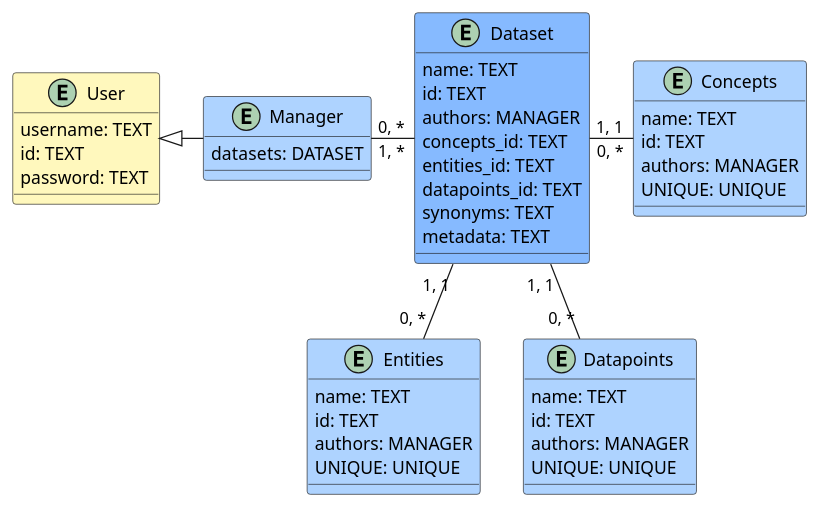
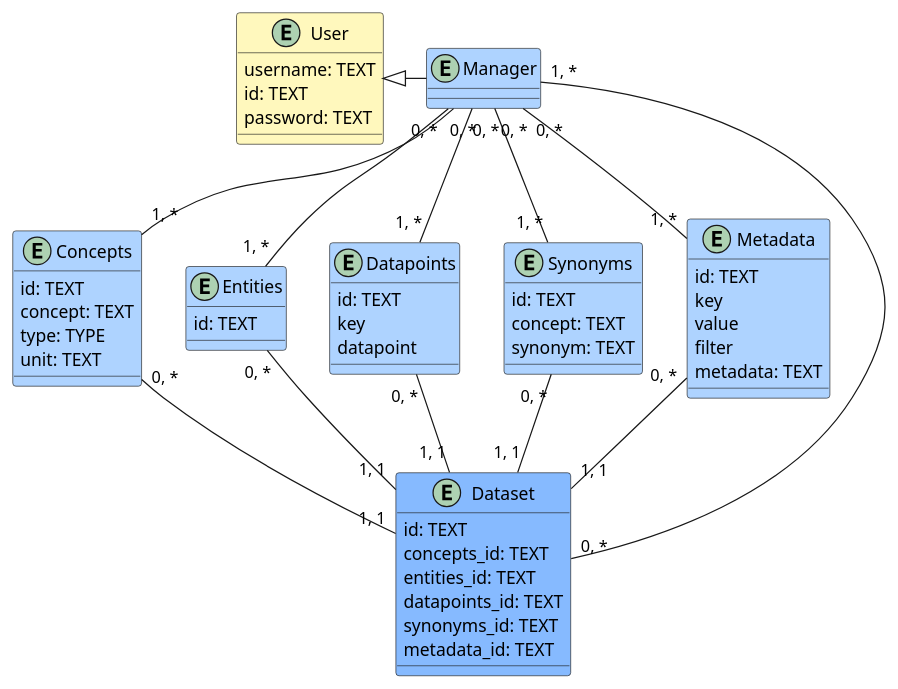
One commit to hate-crew-member-41/Bricks changed the diagram in src/puml/ERM.puml. Above: the diagram before and after it, drawn with PlantUML. The commit also changed 3 other files, not shown here.

```diff
--- a/src/puml/ERM.puml
+++ b/src/puml/ERM.puml
@@ -1,55 +1,70 @@
 @startuml
 
 entity User #fff8bd {
     username: TEXT
     id: TEXT
     password: TEXT
 }
 
-entity Manager #aed3ff {
-    datasets: DATASET
-}
+entity Manager #aed3ff {}
 
 Manager -l-|> User
 
 entity Dataset #86baff {
-    name: TEXT
     id: TEXT
-    authors: MANAGER
     concepts_id: TEXT
     entities_id: TEXT
     datapoints_id: TEXT
-    synonyms: TEXT
+    synonyms_id: TEXT
+    metadata_id: TEXT
+}
+
+Dataset "0, *"--"1, *" Manager
+
+entity Concepts #aed3ff {
+    id: TEXT
+    concept: TEXT
+    type: TYPE
+    unit: TEXT
+}
+
+Concepts "1, *"-u-"0, *" Manager
+Concepts "0, *"-d-"1, 1" Dataset
+
+entity Entities #aed3ff {
+    id: TEXT
+}
+
+Entities "1, *"-u-"0, *" Manager
+Entities "0, *"-d-"1, 1" Dataset
+
+entity Datapoints #aed3ff {
+    id: TEXT
+    key
+    datapoint
+}
+
+Datapoints "1, *"-u-"0, *" Manager
+Datapoints "0, *"-d-"1, 1" Dataset
+
+entity Synonyms #aed3ff {
+    id: TEXT
+    concept: TEXT
+    synonym: TEXT
+}
+
+Synonyms "1, *"-u-"0, *" Manager
+Synonyms "0, *"-d-"1, 1" Dataset
+
+entity Metadata #aed3ff {
+    id: TEXT
+    key
+    value
+    filter
     metadata: TEXT
 }
 
-Manager "0, *"-r-"1, *" Dataset
-
-entity Concepts #aed3ff {
-    name: TEXT
-    id: TEXT
-    authors: MANAGER
-    UNIQUE: UNIQUE
-}
-
-Concepts "0, *"-l-"1, 1" Dataset
-
-entity Entities #aed3ff {
-    name: TEXT
-    id: TEXT
-    authors: MANAGER
-    UNIQUE: UNIQUE
-}
-
-Entities "0, *"-u-"1, 1" Dataset
-
-entity Datapoints #aed3ff {
-    name: TEXT
-    id: TEXT
-    authors: MANAGER
-    UNIQUE: UNIQUE
-}
-
-Datapoints "0, *"-u-"1, 1" Dataset
+Metadata "1, *"-u-"0, *" Manager
+Metadata "0, *"-d-"1, 1" Dataset
 
 @enduml
```
